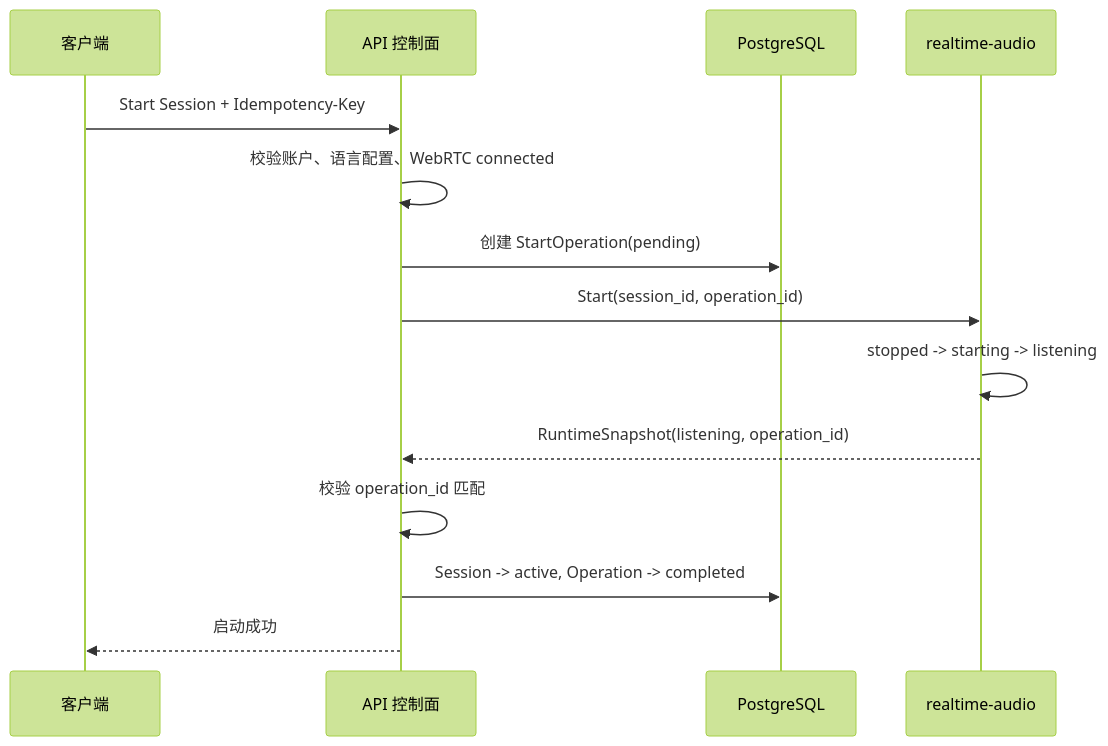
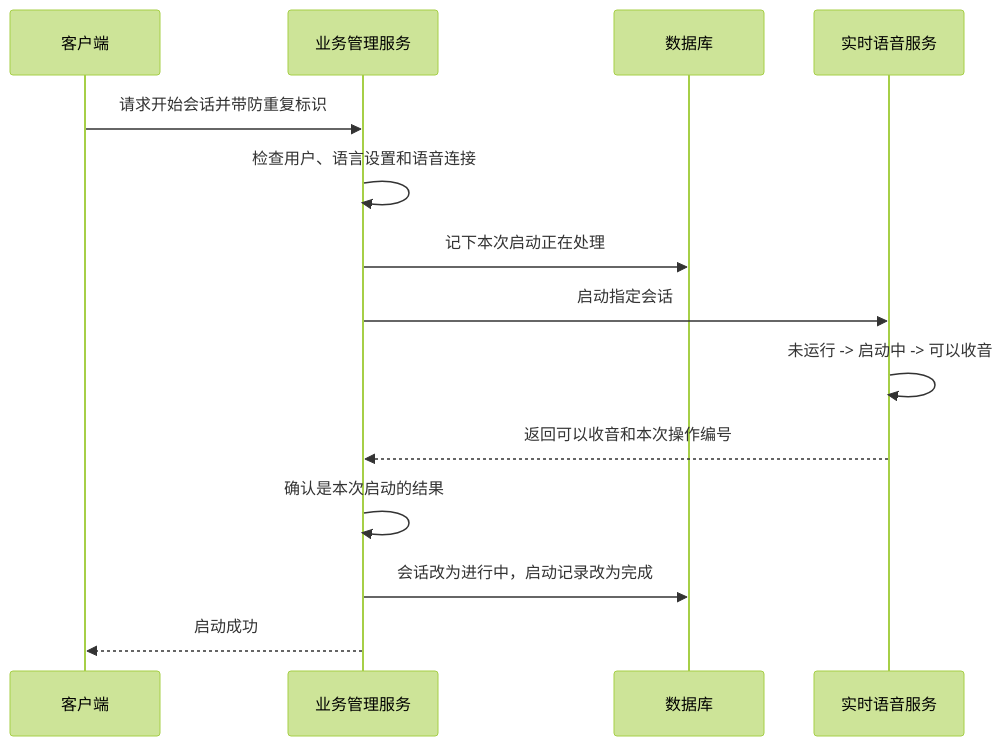
Before and after one commit to 1024XEngineer/xe6-tsy: the third of 4 diagrams in docs/ARCHITECTURE.md, drawn with Mermaid (forest theme). The commit also changed other lines of this file, not shown here.

Commit message:
docs(architecture): simplify language for presentation

````diff
--- a/docs/ARCHITECTURE.md
+++ b/docs/ARCHITECTURE.md
@@ -216,17 +174,17 @@
 ```mermaid
 sequenceDiagram
     participant Client as 客户端
-    participant API as API 控制面
-    participant DB as PostgreSQL
-    participant RT as realtime-audio
+    participant API as 业务管理服务
+    participant DB as 数据库
+    participant RT as 实时语音服务
 
-    Client->>API: Start Session + Idempotency-Key
-    API->>API: 校验账户、语言配置、WebRTC connected
-    API->>DB: 创建 StartOperation(pending)
-    API->>RT: Start(session_id, operation_id)
-    RT->>RT: stopped -> starting -> listening
-    RT-->>API: RuntimeSnapshot(listening, operation_id)
-    API->>API: 校验 operation_id 匹配
-    API->>DB: Session -> active, Operation -> completed
+    Client->>API: 请求开始会话并带防重复标识
+    API->>API: 检查用户、语言设置和语音连接
+    API->>DB: 记下本次启动正在处理
+    API->>RT: 启动指定会话
+    RT->>RT: 未运行 -> 启动中 -> 可以收音
+    RT-->>API: 返回可以收音和本次操作编号
+    API->>API: 确认是本次启动的结果
+    API->>DB: 会话改为进行中，启动记录改为完成
     API-->>Client: 启动成功
 ```
````
